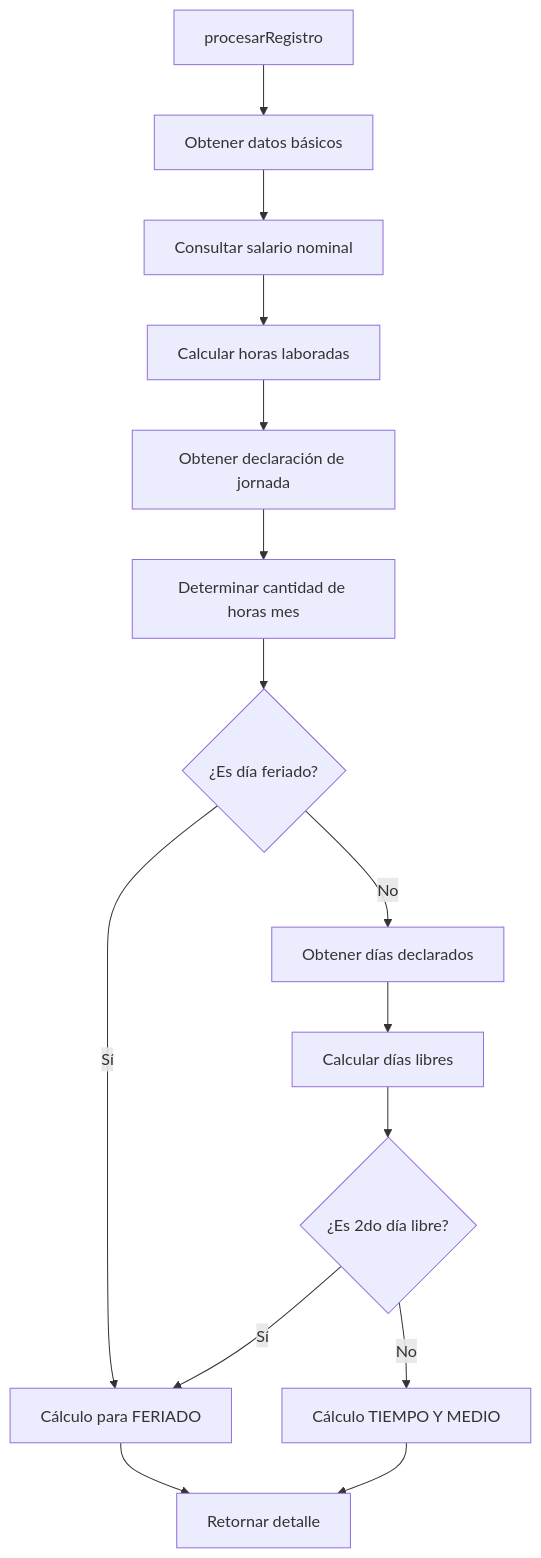
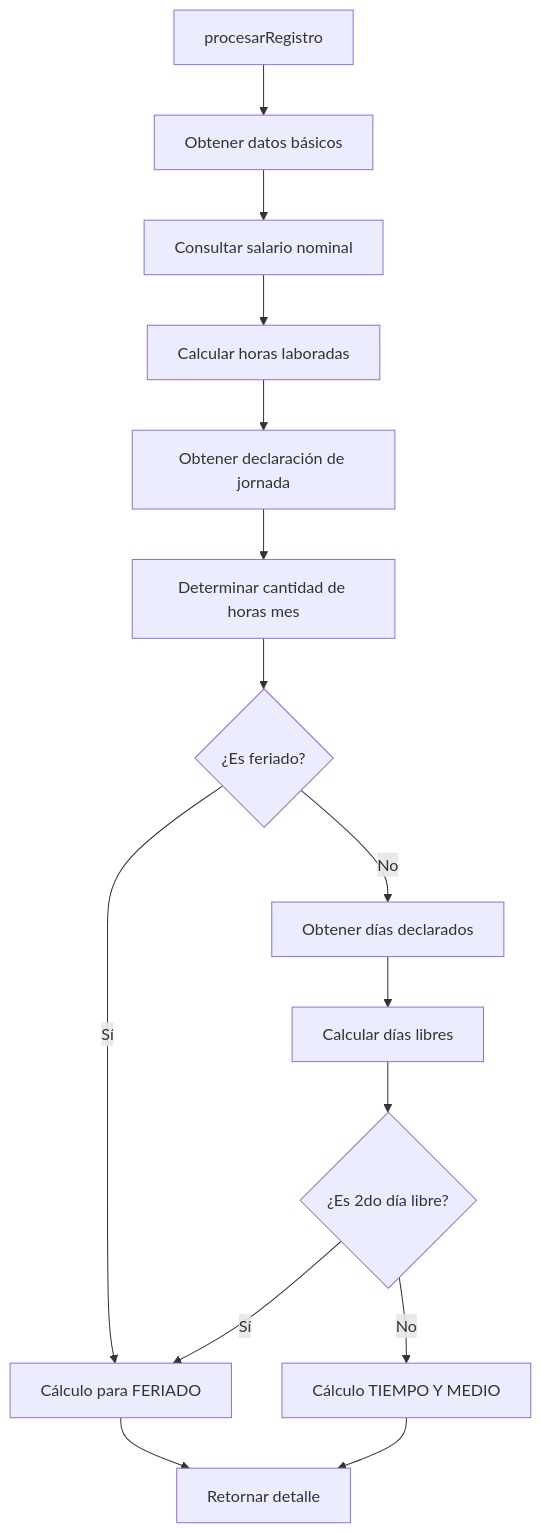
Before and after one commit to heinergc/UNED.Public.Html: the second of 10 diagrams in Calculo_Horas_Extras.md, drawn with Mermaid. The commit also changed other lines of this file and 1 other file, not shown here.

````diff
--- a/Calculo_Horas_Extras.md
+++ b/Calculo_Horas_Extras.md
@@ -44,17 +52,17 @@
 ```mermaid
 flowchart TD
     A[procesarRegistro] --> B[Obtener datos básicos]
     B --> C[Consultar salario nominal]
     C --> D[Calcular horas laboradas]
     D --> E[Obtener declaración de jornada]
     E --> F[Determinar cantidad de horas mes]
-    F --> G{¿Es día feriado?}
+    F --> G{¿Es feriado?}
     G -->|Sí| H[Cálculo para FERIADO]
     G -->|No| I[Obtener días declarados]
     I --> J[Calcular días libres]
     J --> K{¿Es 2do día libre?}
     K -->|Sí| H
     K -->|No| L[Cálculo TIEMPO Y MEDIO]
     H --> M[Retornar detalle]
     L --> M
 ```
````
